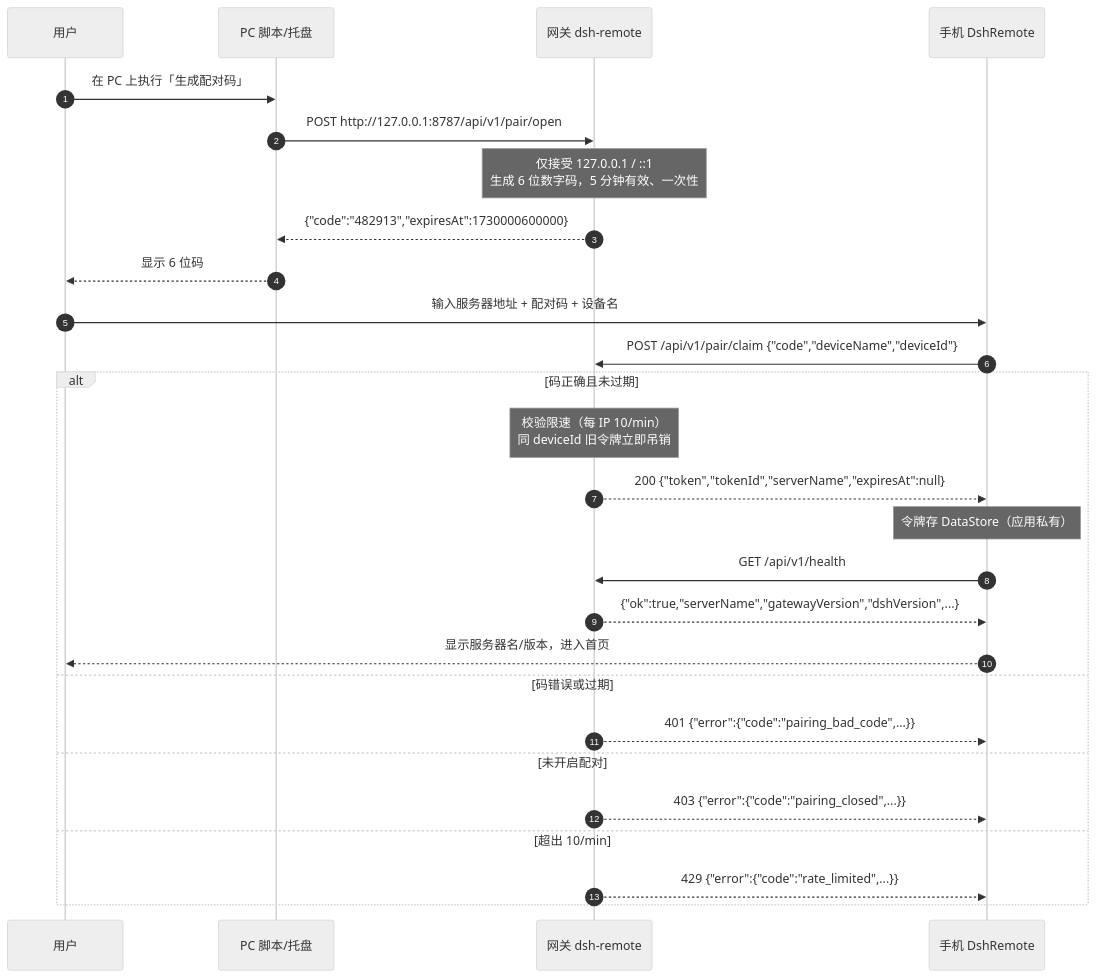
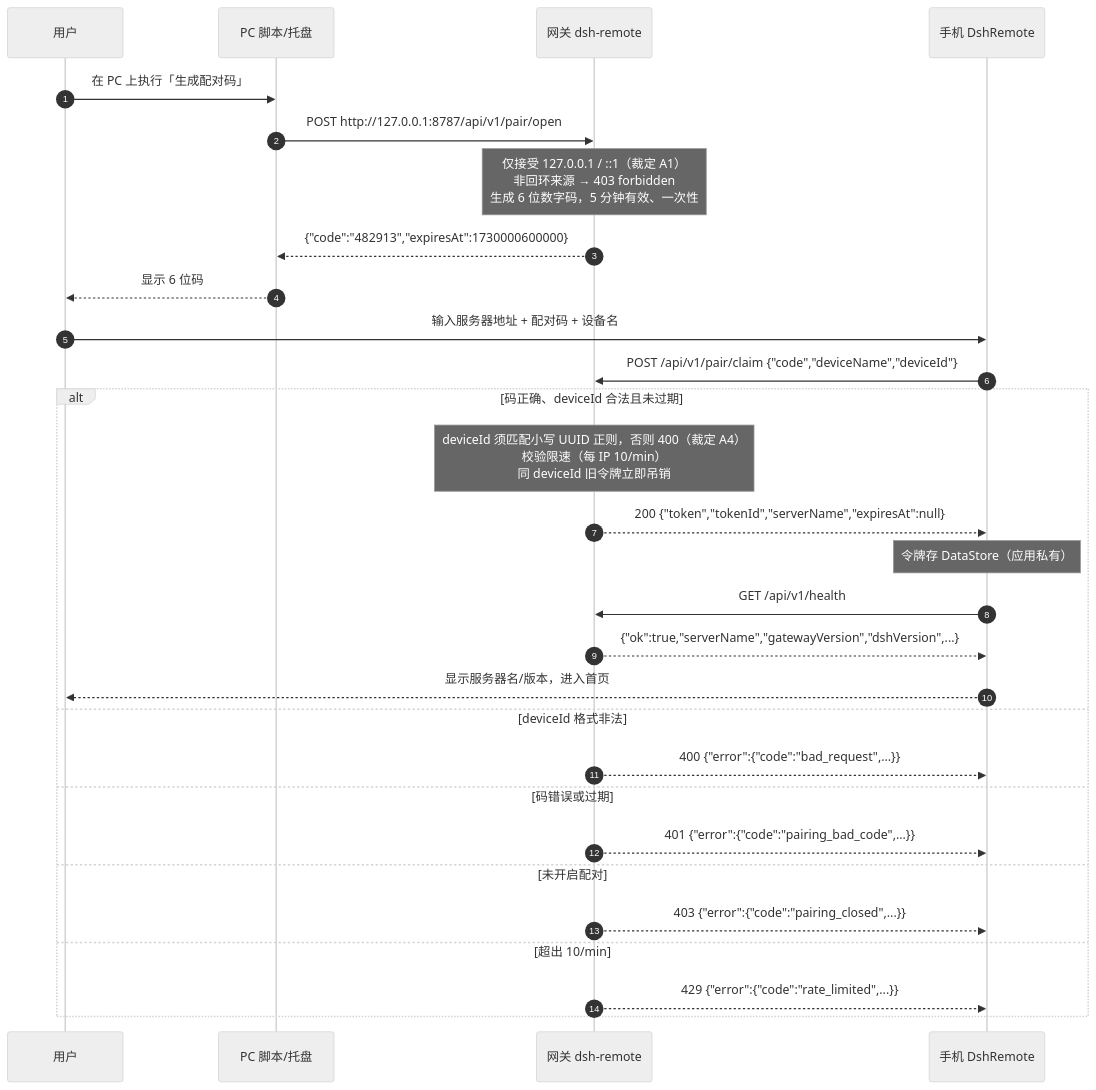
The fourth of 7 diagrams in docs/01-设计/概要设计.md (puthead/dsh-remote-android), drawn with Mermaid (neutral theme) before and after one commit. The commit also changed other lines of this file and 87 other files, not shown here.

````diff
--- a/docs/01-设计/概要设计.md
+++ b/docs/01-设计/概要设计.md
@@ -149,30 +151,32 @@
 ```mermaid
 sequenceDiagram
   autonumber
   participant U as 用户
   participant PS as PC 脚本/托盘
   participant GW as 网关 dsh-remote
   participant PH as 手机 DshRemote
 
   U->>PS: 在 PC 上执行「生成配对码」
   PS->>GW: POST http://127.0.0.1:8787/api/v1/pair/open
-  Note over GW: 仅接受 127.0.0.1 / ::1<br/>生成 6 位数字码，5 分钟有效、一次性
+  Note over GW: 仅接受 127.0.0.1 / ::1（裁定 A1）<br/>非回环来源 → 403 forbidden<br/>生成 6 位数字码，5 分钟有效、一次性
   GW-->>PS: {"code":"482913","expiresAt":1730000600000}
   PS-->>U: 显示 6 位码
   U->>PH: 输入服务器地址 + 配对码 + 设备名
   PH->>GW: POST /api/v1/pair/claim {"code","deviceName","deviceId"}
-  alt 码正确且未过期
-    Note over GW: 校验限速（每 IP 10/min）<br/>同 deviceId 旧令牌立即吊销
+  alt 码正确、deviceId 合法且未过期
+    Note over GW: deviceId 须匹配小写 UUID 正则，否则 400（裁定 A4）<br/>校验限速（每 IP 10/min）<br/>同 deviceId 旧令牌立即吊销
     GW-->>PH: 200 {"token","tokenId","serverName","expiresAt":null}
     Note over PH: 令牌存 DataStore（应用私有）
     PH->>GW: GET /api/v1/health
     GW-->>PH: {"ok":true,"serverName","gatewayVersion","dshVersion",...}
     PH-->>U: 显示服务器名/版本，进入首页
+  else deviceId 格式非法
+    GW-->>PH: 400 {"error":{"code":"bad_request",...}}
   else 码错误或过期
     GW-->>PH: 401 {"error":{"code":"pairing_bad_code",...}}
   else 未开启配对
     GW-->>PH: 403 {"error":{"code":"pairing_closed",...}}
   else 超出 10/min
     GW-->>PH: 429 {"error":{"code":"rate_limited",...}}
   end
 ```
````
